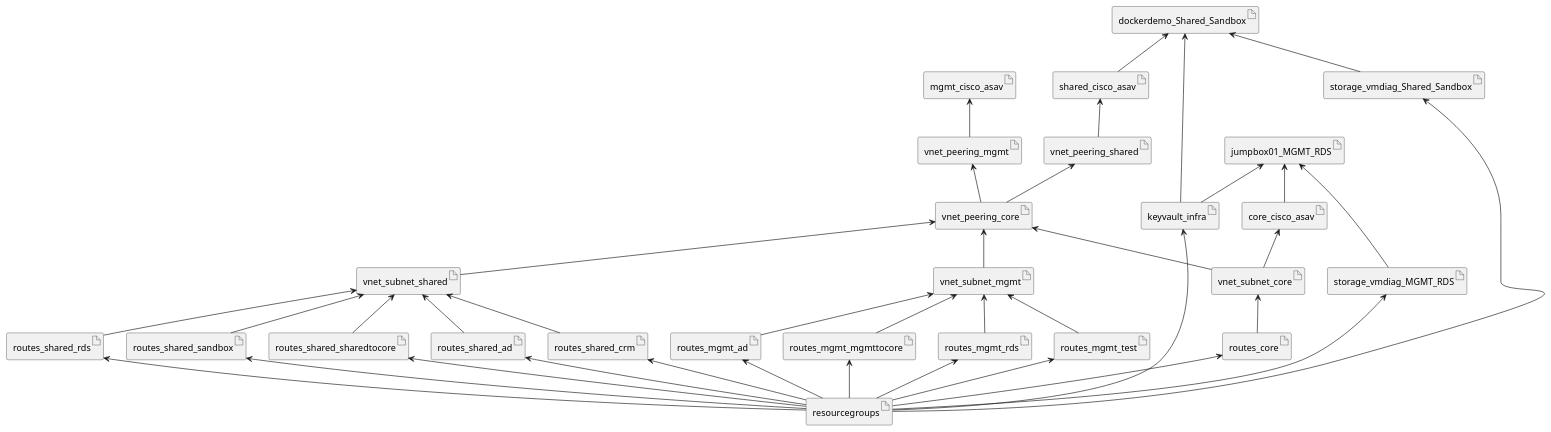
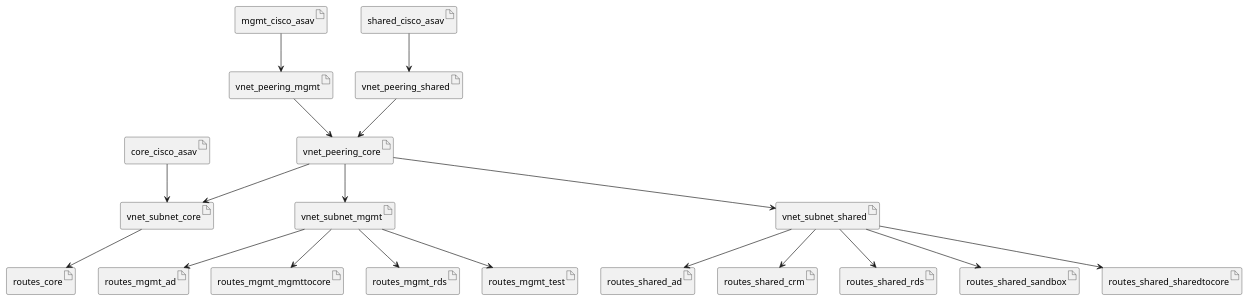
One commit to canada-ca/accelerators_accelerateurs-azure changed the diagram in Deployments/demov3/cisco/demo-core-cisco-3-firewalls/diagram/dependsOn.puml. Above: the diagram before and after it, drawn with PlantUML. The commit also changed 35 other files, not shown here.

Commit message:
Updating diagrams

```diff
--- a/Deployments/demov3/cisco/demo-core-cisco-3-firewalls/diagram/dependsOn.puml
+++ b/Deployments/demov3/cisco/demo-core-cisco-3-firewalls/diagram/dependsOn.puml
@@ -1,67 +1,42 @@
 @startuml
 
-artifact resourcegroups
-artifact keyvault_infra
 artifact routes_core
 artifact routes_mgmt_ad
 artifact routes_mgmt_mgmttocore
 artifact routes_mgmt_rds
 artifact routes_mgmt_test
 artifact routes_shared_ad
 artifact routes_shared_crm
 artifact routes_shared_rds
 artifact routes_shared_sandbox
 artifact routes_shared_sharedtocore
-artifact vnet_subnet_core 
+artifact vnet_subnet_core
 artifact vnet_subnet_mgmt
 artifact vnet_subnet_shared
 artifact vnet_peering_core
 artifact vnet_peering_mgmt
 artifact vnet_peering_shared
-artifact storage_vmdiag_MGMT_RDS
-artifact storage_vmdiag_Shared_Sandbox
 artifact core_cisco_asav
 artifact mgmt_cisco_asav
 artifact shared_cisco_asav
-artifact jumpbox01_MGMT_RDS
-artifact dockerdemo_Shared_Sandbox
 
-keyvault_infra <-- resourcegroups
-routes_core <-- resourcegroups
-routes_mgmt_ad <-- resourcegroups
-routes_mgmt_mgmttocore <-- resourcegroups
-routes_mgmt_rds <-- resourcegroups
-routes_mgmt_test <-- resourcegroups
-routes_shared_ad <-- resourcegroups
-routes_shared_crm <-- resourcegroups
-routes_shared_rds <-- resourcegroups
-routes_shared_sandbox <-- resourcegroups
-routes_shared_sharedtocore <-- resourcegroups
-storage_vmdiag_MGMT_RDS <-- resourcegroups
-storage_vmdiag_Shared_Sandbox <-- resourcegroups
-vnet_subnet_core <-- routes_core
-vnet_subnet_mgmt <-- routes_mgmt_ad
-vnet_subnet_mgmt <-- routes_mgmt_mgmttocore
-vnet_subnet_mgmt <-- routes_mgmt_rds
-vnet_subnet_mgmt <-- routes_mgmt_test
-vnet_subnet_shared <-- routes_shared_ad
-vnet_subnet_shared <-- routes_shared_crm
-vnet_subnet_shared <-- routes_shared_sandbox
-vnet_subnet_shared <-- routes_shared_sharedtocore
-vnet_subnet_shared <-- routes_shared_rds
-vnet_peering_core <-- vnet_subnet_core
-vnet_peering_core <-- vnet_subnet_mgmt
-vnet_peering_core <-- vnet_subnet_shared
-vnet_peering_mgmt <-- vnet_peering_core
-vnet_peering_shared <-- vnet_peering_core
-core_cisco_asav <-- vnet_subnet_core
-mgmt_cisco_asav <-- vnet_peering_mgmt
-shared_cisco_asav <-- vnet_peering_shared
-jumpbox01_MGMT_RDS <-- core_cisco_asav
-jumpbox01_MGMT_RDS <-- storage_vmdiag_MGMT_RDS
-jumpbox01_MGMT_RDS <-- keyvault_infra
-dockerdemo_Shared_Sandbox <-- shared_cisco_asav
-dockerdemo_Shared_Sandbox <-- storage_vmdiag_Shared_Sandbox
-dockerdemo_Shared_Sandbox <-- keyvault_infra
+vnet_subnet_core --> routes_core
+vnet_subnet_mgmt --> routes_mgmt_ad
+vnet_subnet_mgmt --> routes_mgmt_mgmttocore
+vnet_subnet_mgmt --> routes_mgmt_rds
+vnet_subnet_mgmt --> routes_mgmt_test
+vnet_subnet_shared --> routes_shared_ad
+vnet_subnet_shared --> routes_shared_crm
+vnet_subnet_shared --> routes_shared_rds
+vnet_subnet_shared --> routes_shared_sandbox
+vnet_subnet_shared --> routes_shared_sharedtocore
+vnet_peering_core --> vnet_subnet_core
+vnet_peering_core --> vnet_subnet_mgmt
+vnet_peering_core --> vnet_subnet_shared
+vnet_peering_mgmt --> vnet_peering_core
+vnet_peering_shared --> vnet_peering_core
+core_cisco_asav --> vnet_subnet_core
+mgmt_cisco_asav --> vnet_peering_mgmt
+shared_cisco_asav --> vnet_peering_shared
 
 @enduml
```
